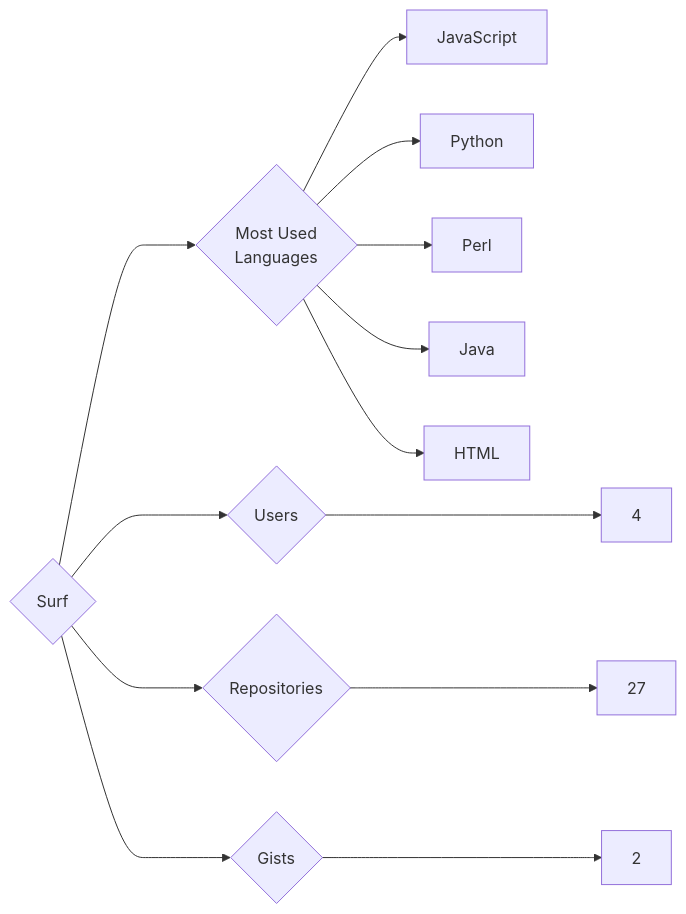
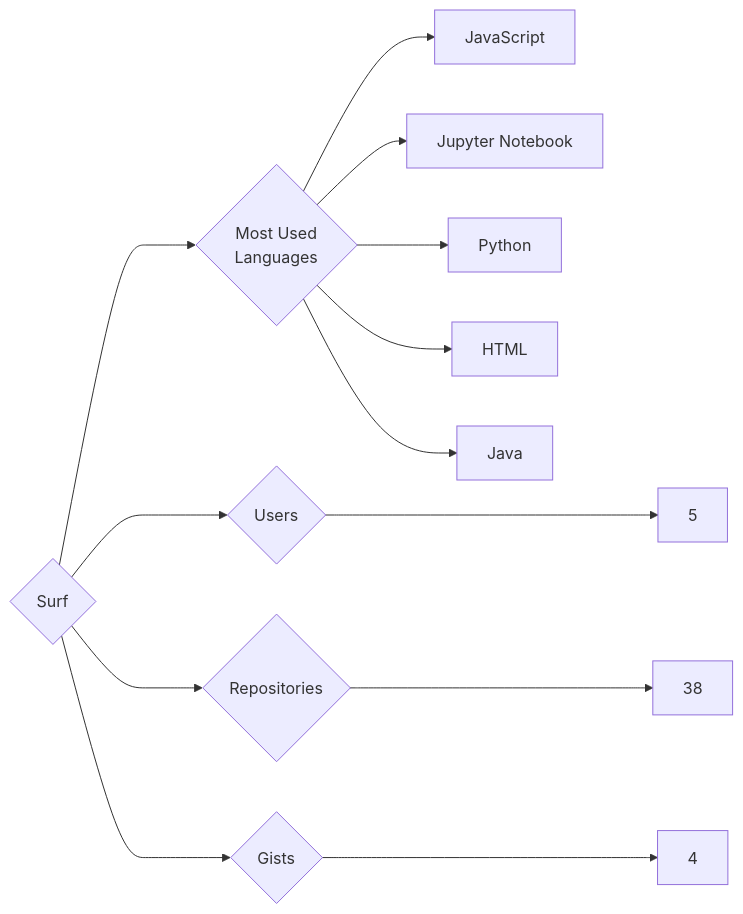
The diagram in targets/Surf/README.md (trickest/insiders), drawn with Mermaid before and after one commit. The commit also changed 695 other files, not shown here.

````diff
--- a/targets/Surf/README.md
+++ b/targets/Surf/README.md
@@ -3,13 +3,13 @@
 ```mermaid
 graph LR
 COMPANY_NAME{Surf}
-COMPANY_NAME ---> U{Users} ---> UN[4]
-COMPANY_NAME ---> R{Repositories} ---> RN[27]
-COMPANY_NAME ---> G{Gists} ---> GN[2]
+COMPANY_NAME ---> U{Users} ---> UN[5]
+COMPANY_NAME ---> R{Repositories} ---> RN[38]
+COMPANY_NAME ---> G{Gists} ---> GN[4]
 COMPANY_NAME ---> ML{Most Used<br>Languages}
 ML --> JavaScript[JavaScript]
+ML --> Jupyter_Notebook[Jupyter Notebook]
 ML --> Python[Python]
-ML --> Perl[Perl]
+ML --> HTML[HTML]
 ML --> Java[Java]
-ML --> HTML[HTML]
 ```
````
